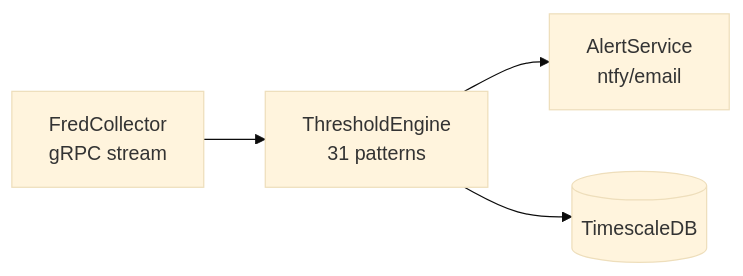
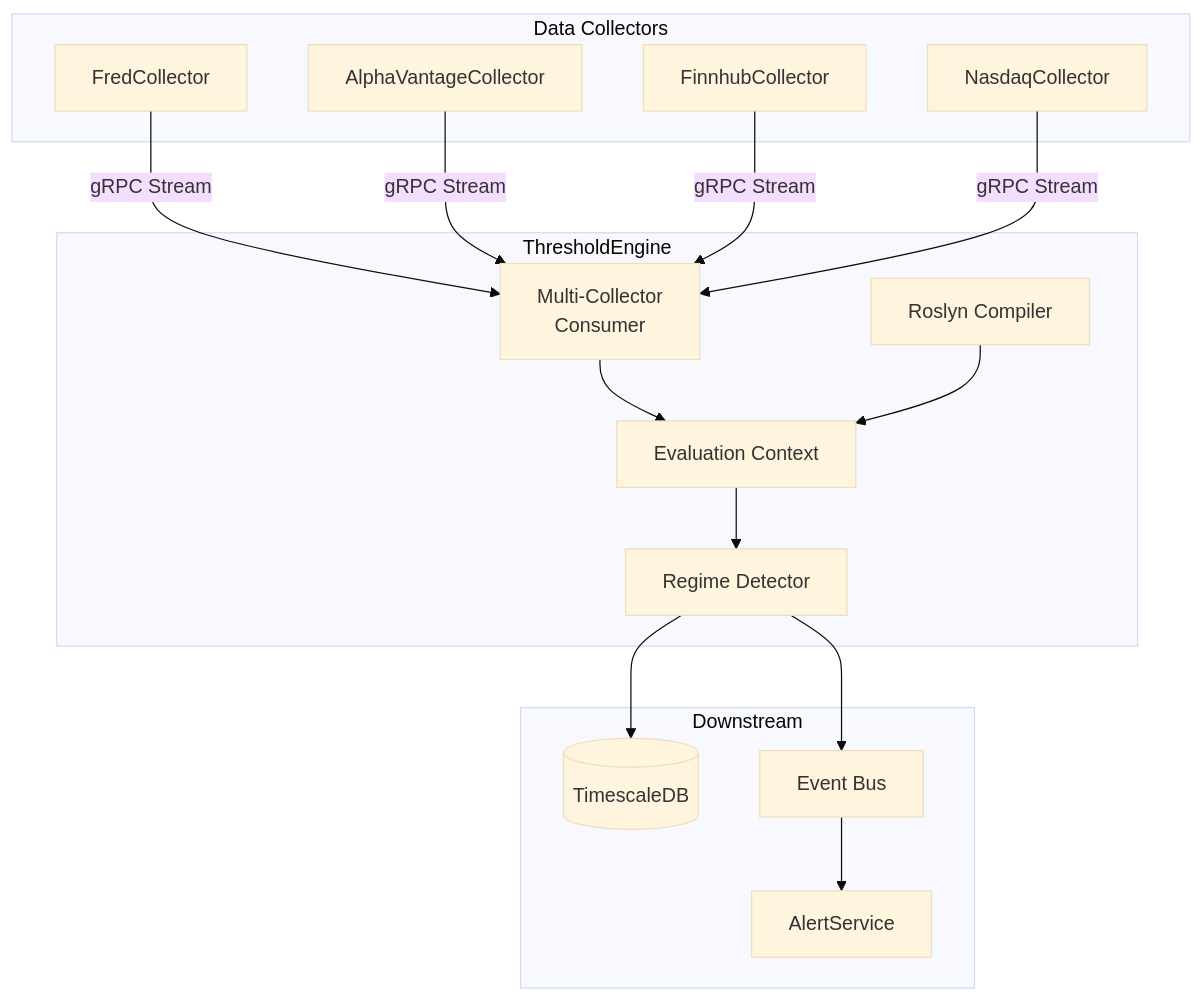
One commit to jpansarasa/ATLAS-Docs changed the diagram in ThresholdEngine/README.md. Above: the diagram before and after it, drawn with Mermaid (base theme). The commit also changed other lines of this file and 6 other files, not shown here.

````diff
--- a/ThresholdEngine/README.md
+++ b/ThresholdEngine/README.md
@@ -13,6 +13,30 @@
 ```mermaid
-flowchart LR
-    FC[FredCollector<br/>gRPC stream] --> TE[ThresholdEngine<br/>31 patterns]
-    TE --> AS[AlertService<br/>ntfy/email]
-    TE --> DB[(TimescaleDB)]
+flowchart TD
+    subgraph Collectors [Data Collectors]
+        FC[FredCollector]
+        AVC[AlphaVantageCollector]
+        FHC[FinnhubCollector]
+        NC[NasdaqCollector]
+    end
+
+    subgraph Core [ThresholdEngine]
+        MZW[Multi-Collector<br/>Consumer]
+        Roslyn[Roslyn Compiler]
+        Context[Evaluation Context]
+        Regime[Regime Detector]
+    end
+
+    subgraph Downstream
+        AS[AlertService]
+        DB[(TimescaleDB)]
+        Bus[Event Bus]
+    end
+
+    FC & AVC & FHC & NC -- gRPC Stream --> MZW
+    MZW --> Context
+    Roslyn --> Context
+    Context --> Regime
+    Regime --> DB
+    Regime --> Bus
+    Bus --> AS
 ```
````
